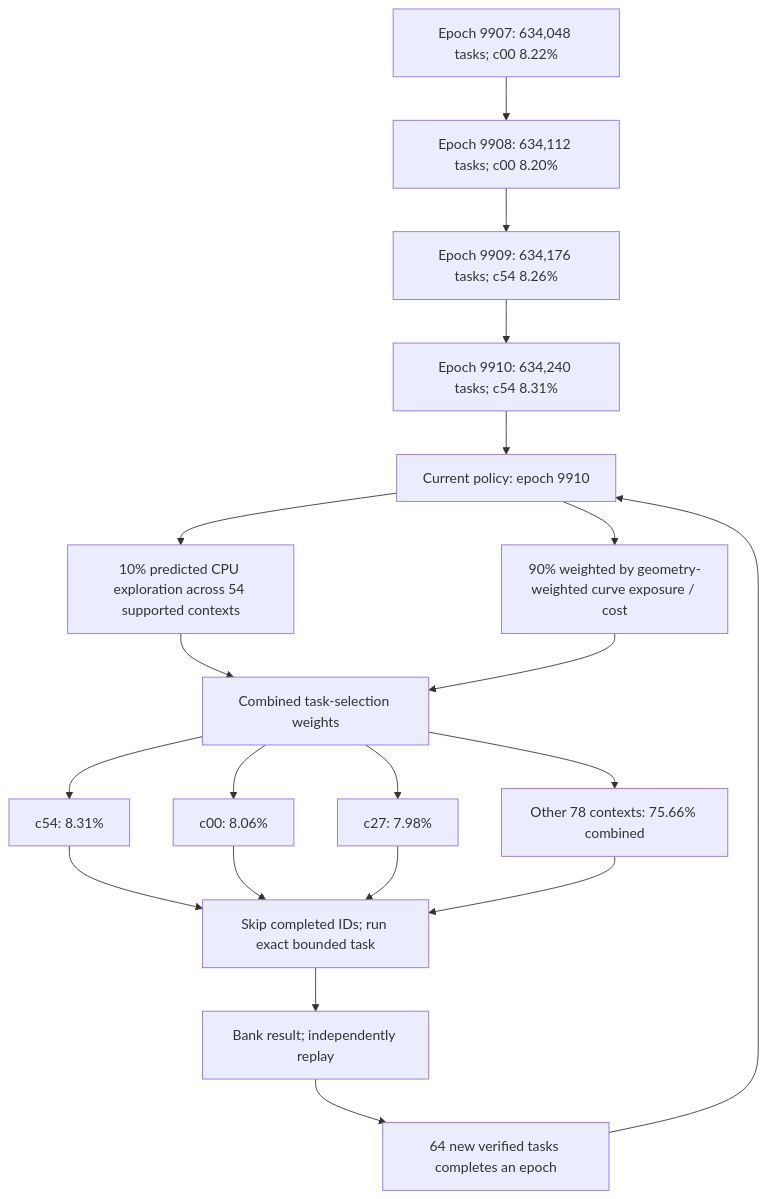
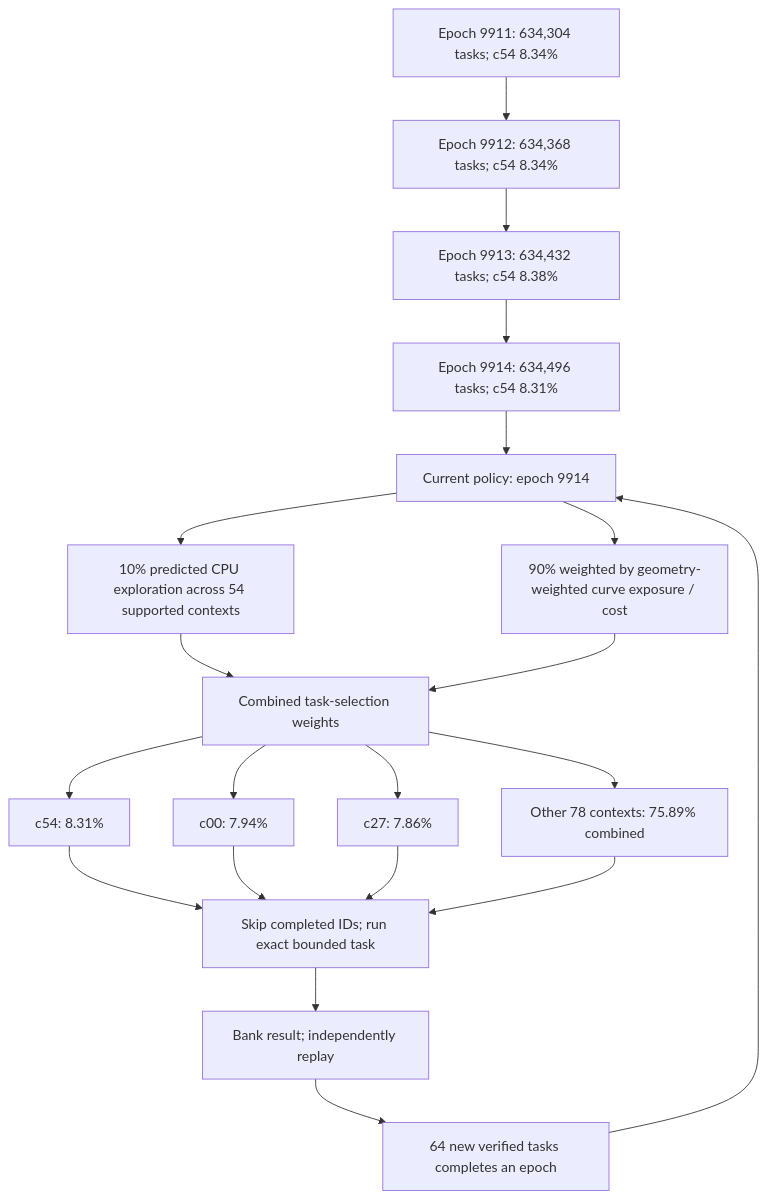
One commit to Kuberwastaken/math-gambling changed the first of 4 diagrams in README.md. Above: the diagram before and after it, drawn with Mermaid. The commit also changed other lines of this file and 556 other files, not shown here.

````diff
--- a/README.md
+++ b/README.md
@@ -60,27 +60,27 @@
 ```mermaid
 flowchart TD
-    H0["Epoch 9907: 634,048 tasks; c00 8.22%"]
-    H1["Epoch 9908: 634,112 tasks; c00 8.20%"]
+    H0["Epoch 9911: 634,304 tasks; c54 8.34%"]
+    H1["Epoch 9912: 634,368 tasks; c54 8.34%"]
     H0 --> H1
-    H2["Epoch 9909: 634,176 tasks; c54 8.26%"]
+    H2["Epoch 9913: 634,432 tasks; c54 8.38%"]
     H1 --> H2
-    H3["Epoch 9910: 634,240 tasks; c54 8.31%"]
+    H3["Epoch 9914: 634,496 tasks; c54 8.31%"]
     H2 --> H3
-    Policy["Current policy: epoch 9910"]
+    Policy["Current policy: epoch 9914"]
     H3 --> Policy
     Policy --> Explore["10% predicted CPU exploration across 54 supported contexts"]
     Policy --> Cost["90% weighted by geometry-weighted curve exposure / cost"]
     Explore --> Mix["Combined task-selection weights"]
     Cost --> Mix
     Mix --> C0["c54: 8.31%"]
-    Mix --> C1["c00: 8.06%"]
-    Mix --> C2["c27: 7.98%"]
-    Mix --> Rest["Other 78 contexts: 75.66% combined"]
+    Mix --> C1["c00: 7.94%"]
+    Mix --> C2["c27: 7.86%"]
+    Mix --> Rest["Other 78 contexts: 75.89% combined"]
     C0 --> Check["Skip completed IDs; run exact bounded task"]
     C1 --> Check
     C2 --> Check
     Rest --> Check
     Check --> Replay["Bank result; independently replay"]
     Replay --> Gate["64 new verified tasks completes an epoch"]
     Gate --> Policy
 ```
````
